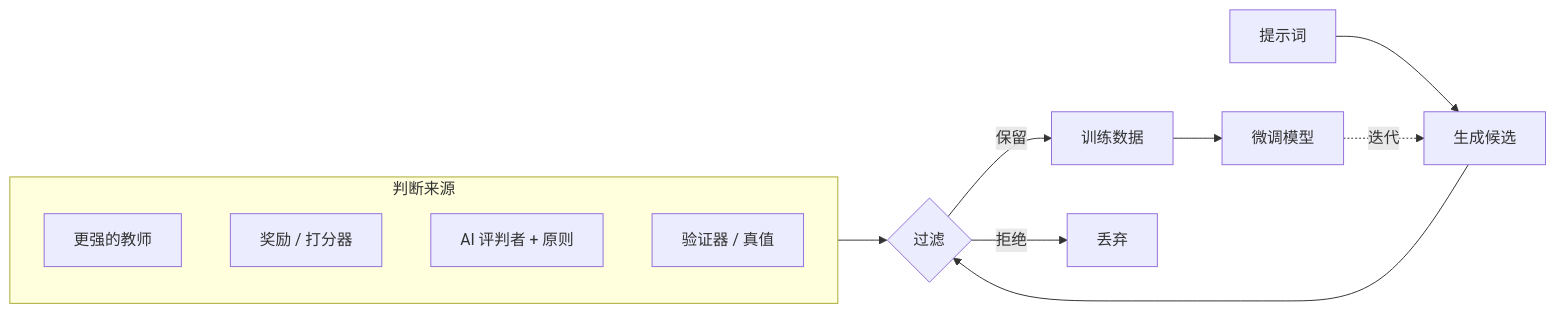
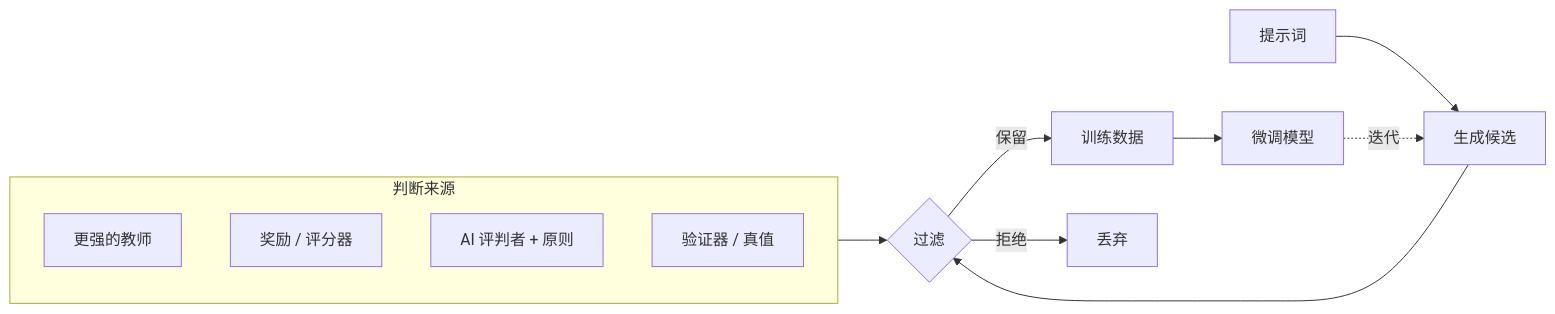
Before and after one commit to latere-ai/ai-as-an-infrastructure: the first of 3 diagrams in zh/adaptation/04-synthetic-data-self-improvement.qmd, drawn with Mermaid. The commit also changed other lines of this file and 94 other files, not shown here.

````diff
--- a/zh/adaptation/04-synthetic-data-self-improvement.qmd
+++ b/zh/adaptation/04-synthetic-data-self-improvement.qmd
@@ -19,18 +19,18 @@
 ```{mermaid}
 %%| label: fig-synthetic-data-loop
 %%| fig-cap: "共享的生成、过滤、训练回路。四种方法仅在驱动过滤的判断来源上不同。"
 flowchart LR
   P[提示词] --> G[生成候选]
   G --> F{过滤}
   F -->|保留| D[训练数据]
   F -->|拒绝| X[丢弃]
   D --> T[微调模型]
   T -.迭代.-> G
   subgraph judge[判断来源]
     TE[更强的教师]
-    SC[奖励 / 打分器]
+    SC[奖励 / 评分器]
     AC[AI 评判者 + 原则]
     VE[验证器 / 真值]
   end
   judge --> F
 ```
````
